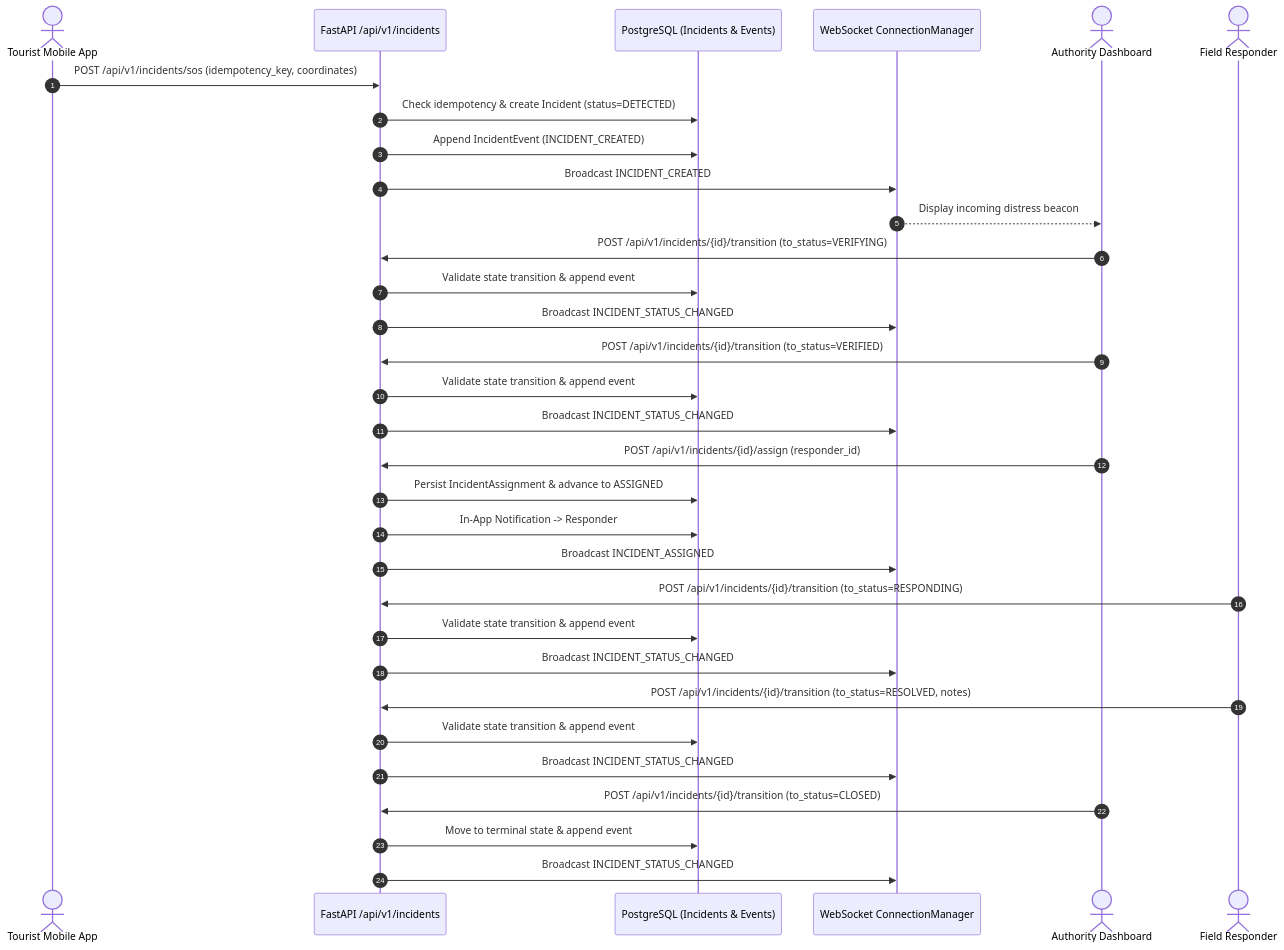
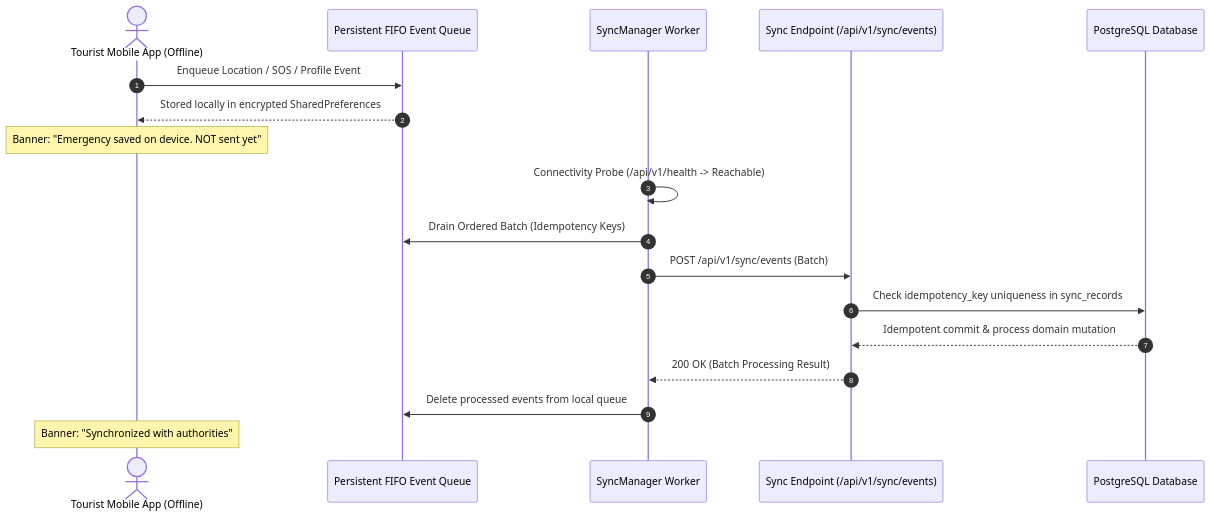
Before and after one commit to vsr-yashwanth/Kiroshi: the fifth of 6 diagrams in docs/02-architecture/SYSTEM_FLOW.md, drawn with Mermaid. The commit also changed other lines of this file and 15 other files, not shown here.

````diff
--- a/docs/02-architecture/SYSTEM_FLOW.md
+++ b/docs/02-architecture/SYSTEM_FLOW.md
@@ -86,41 +131,22 @@
 ```mermaid
 sequenceDiagram
     autonumber
-    actor Tourist as Tourist Mobile App
-    participant API as FastAPI /api/v1/incidents
-    participant DB as PostgreSQL (Incidents & Events)
-    participant WS as WebSocket ConnectionManager
-    actor Authority as Authority Dashboard
-    actor Responder as Field Responder
+    actor Tourist as Tourist Mobile App (Offline)
+    participant Queue as Persistent FIFO Event Queue
+    participant Sync as SyncManager Worker
+    participant API as Sync Endpoint (/api/v1/sync/events)
+    participant DB as PostgreSQL Database
 
-    Tourist->>API: POST /api/v1/incidents/sos (idempotency_key, coordinates)
-    API->>DB: Check idempotency & create Incident (status=DETECTED)
-    API->>DB: Append IncidentEvent (INCIDENT_CREATED)
-    API->>WS: Broadcast INCIDENT_CREATED
-    WS-->>Authority: Display incoming distress beacon
+    Tourist->>Queue: Enqueue Location / SOS / Profile Event
+    Queue-->>Tourist: Stored locally in encrypted SharedPreferences
+    Note over Tourist: Banner: "Emergency saved on device. NOT sent yet"
 
-    Authority->>API: POST /api/v1/incidents/{id}/transition (to_status=VERIFYING)
-    API->>DB: Validate state transition & append event
-    API->>WS: Broadcast INCIDENT_STATUS_CHANGED
-
-    Authority->>API: POST /api/v1/incidents/{id}/transition (to_status=VERIFIED)
-    API->>DB: Validate state transition & append event
-    API->>WS: Broadcast INCIDENT_STATUS_CHANGED
-
-    Authority->>API: POST /api/v1/incidents/{id}/assign (responder_id)
-    API->>DB: Persist IncidentAssignment & advance to ASSIGNED
-    API->>DB: In-App Notification -> Responder
-    API->>WS: Broadcast INCIDENT_ASSIGNED
-
-    Responder->>API: POST /api/v1/incidents/{id}/transition (to_status=RESPONDING)
-    API->>DB: Validate state transition & append event
-    API->>WS: Broadcast INCIDENT_STATUS_CHANGED
-
-    Responder->>API: POST /api/v1/incidents/{id}/transition (to_status=RESOLVED, notes)
-    API->>DB: Validate state transition & append event
-    API->>WS: Broadcast INCIDENT_STATUS_CHANGED
-
-    Authority->>API: POST /api/v1/incidents/{id}/transition (to_status=CLOSED)
-    API->>DB: Move to terminal state & append event
-    API->>WS: Broadcast INCIDENT_STATUS_CHANGED
+    Sync->>Sync: Connectivity Probe (/api/v1/health -> Reachable)
+    Sync->>Queue: Drain Ordered Batch (Idempotency Keys)
+    Sync->>API: POST /api/v1/sync/events (Batch)
+    API->>DB: Check idempotency_key uniqueness in sync_records
+    DB-->>API: Idempotent commit & process domain mutation
+    API-->>Sync: 200 OK (Batch Processing Result)
+    Sync->>Queue: Delete processed events from local queue
+    Note over Tourist: Banner: "Synchronized with authorities"
 ```
````
